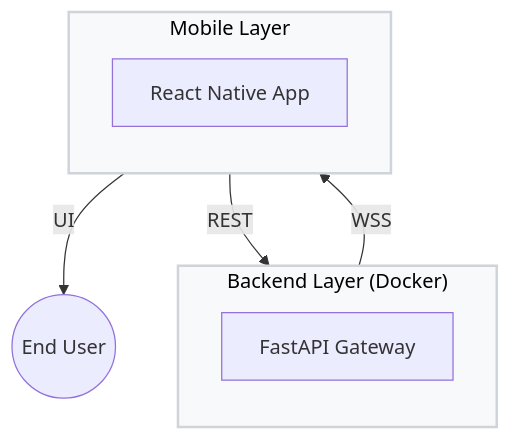
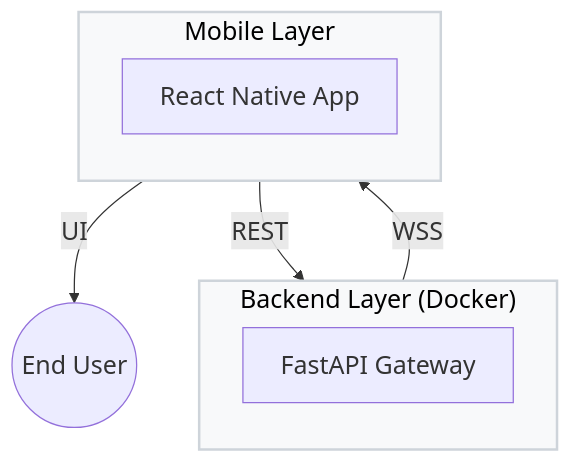
One commit to GiZano/QuakeGuard changed the third of 3 diagrams in docs/diagrams/c4-context.md. Above: the diagram before and after it, drawn with Mermaid. The commit also changed other lines of this file and 3 other files, not shown here.

Commit message:
docs: apply font sizing to mermaid diagrams

````diff
--- a/docs/diagrams/c4-context.md
+++ b/docs/diagrams/c4-context.md
@@ -87,21 +90,22 @@
 ```mermaid
+%%{init: {"themeVariables": {"fontSize": "20px"}}}%%
 flowchart TD
     user(("End User"))
 
     subgraph backend["Backend Layer (Docker)"]
         direction TB
         api["FastAPI Gateway"]
     end
 
     subgraph mobile["Mobile Layer"]
         direction BT
         app["React Native App"]
     end
 
     api -- "WSS" --> app
     app -- "REST" --> api
     app -- "UI" --> user
 
     style backend fill:#f8f9fa,stroke:#ced4da,stroke-width:2px,color:#000
     style mobile fill:#f8f9fa,stroke:#ced4da,stroke-width:2px,color:#000
 ```
````
